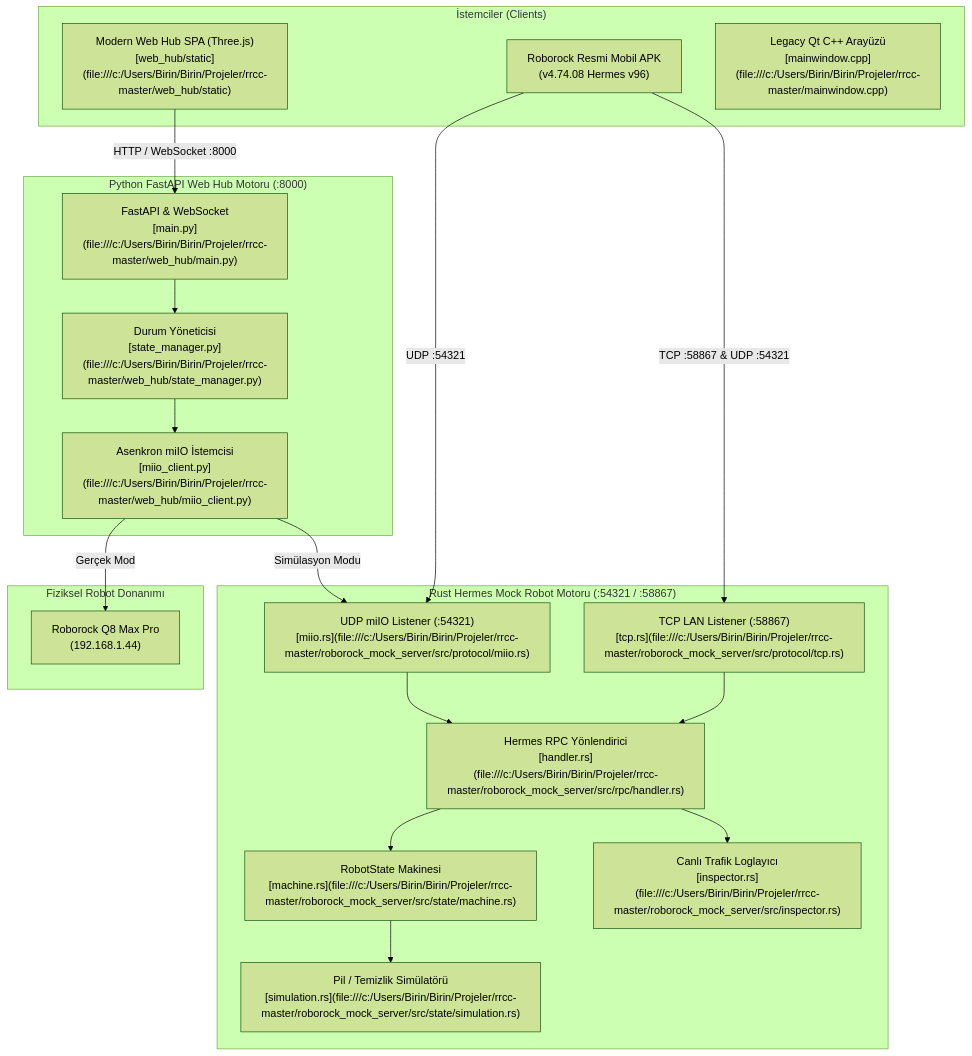
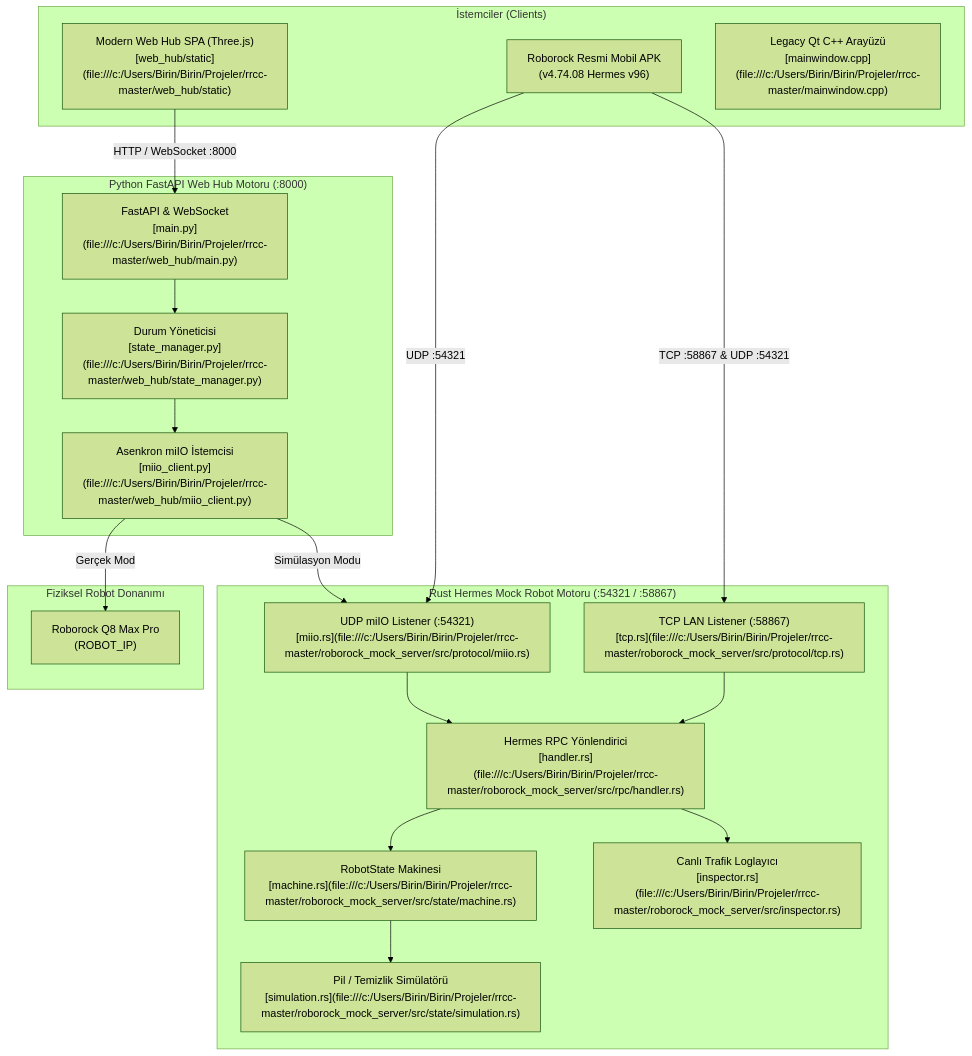
One commit to Kadiraydin321/Projects changed the diagram in rrcc-master/README.md. Above: the diagram before and after it, drawn with Mermaid (forest theme). The commit also changed 15 other files, not shown here.

````diff
--- a/rrcc-master/README.md
+++ b/rrcc-master/README.md
@@ -45,41 +45,41 @@
 ```mermaid
 graph TD
     subgraph Client_Layer["İstemciler (Clients)"]
         OfficialApp["Roborock Resmi Mobil APK<br/>(v4.74.08 Hermes v96)"]
         WebClient["Modern Web Hub SPA (Three.js)<br/>[web_hub/static](file:///c:/Users/Birin/Birin/Projeler/rrcc-master/web_hub/static)"]
         LegacyQt["Legacy Qt C++ Arayüzü<br/>[mainwindow.cpp](file:///c:/Users/Birin/Birin/Projeler/rrcc-master/mainwindow.cpp)"]
     end
 
     subgraph Rust_Mock["Rust Hermes Mock Robot Motoru (:54321 / :58867)"]
         MIIO_UDP["UDP miIO Listener (:54321)<br/>[miio.rs](file:///c:/Users/Birin/Birin/Projeler/rrcc-master/roborock_mock_server/src/protocol/miio.rs)"]
         LAN_TCP["TCP LAN Listener (:58867)<br/>[tcp.rs](file:///c:/Users/Birin/Birin/Projeler/rrcc-master/roborock_mock_server/src/protocol/tcp.rs)"]
         RPCHandler["Hermes RPC Yönlendirici<br/>[handler.rs](file:///c:/Users/Birin/Birin/Projeler/rrcc-master/roborock_mock_server/src/rpc/handler.rs)"]
         StateMachine["RobotState Makinesi<br/>[machine.rs](file:///c:/Users/Birin/Birin/Projeler/rrcc-master/roborock_mock_server/src/state/machine.rs)"]
         Simulator["Pil / Temizlik Simülatörü<br/>[simulation.rs](file:///c:/Users/Birin/Birin/Projeler/rrcc-master/roborock_mock_server/src/state/simulation.rs)"]
         Inspector["Canlı Trafik Loglayıcı<br/>[inspector.rs](file:///c:/Users/Birin/Birin/Projeler/rrcc-master/roborock_mock_server/src/inspector.rs)"]
     end
 
     subgraph Web_Hub_Py["Python FastAPI Web Hub Motoru (:8000)"]
         FastAPI["FastAPI & WebSocket<br/>[main.py](file:///c:/Users/Birin/Birin/Projeler/rrcc-master/web_hub/main.py)"]
         StateMgr["Durum Yöneticisi<br/>[state_manager.py](file:///c:/Users/Birin/Birin/Projeler/rrcc-master/web_hub/state_manager.py)"]
         MiioClient["Asenkron miIO İstemcisi<br/>[miio_client.py](file:///c:/Users/Birin/Birin/Projeler/rrcc-master/web_hub/miio_client.py)"]
     end
 
     subgraph Physical_Robot["Fiziksel Robot Donanımı"]
-        RealVacuum["Roborock Q8 Max Pro<br/>(192.168.1.44)"]
+        RealVacuum["Roborock Q8 Max Pro<br/>(ROBOT_IP)"]
     end
 
     OfficialApp -- "TCP :58867 & UDP :54321" --> LAN_TCP
     OfficialApp -- "UDP :54321" --> MIIO_UDP
     LAN_TCP --> RPCHandler
     MIIO_UDP --> RPCHandler
     RPCHandler --> StateMachine
     StateMachine --> Simulator
     RPCHandler --> Inspector
 
     WebClient -- "HTTP / WebSocket :8000" --> FastAPI
     FastAPI --> StateMgr
     StateMgr --> MiioClient
     MiioClient -- "Gerçek Mod" --> RealVacuum
     MiioClient -- "Simülasyon Modu" --> MIIO_UDP
 ```
````
